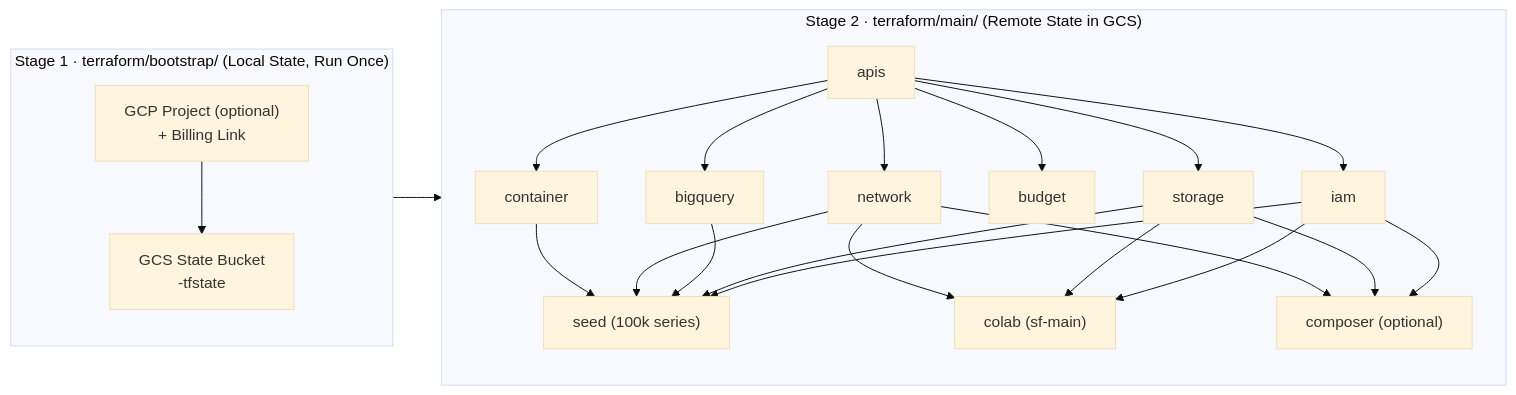
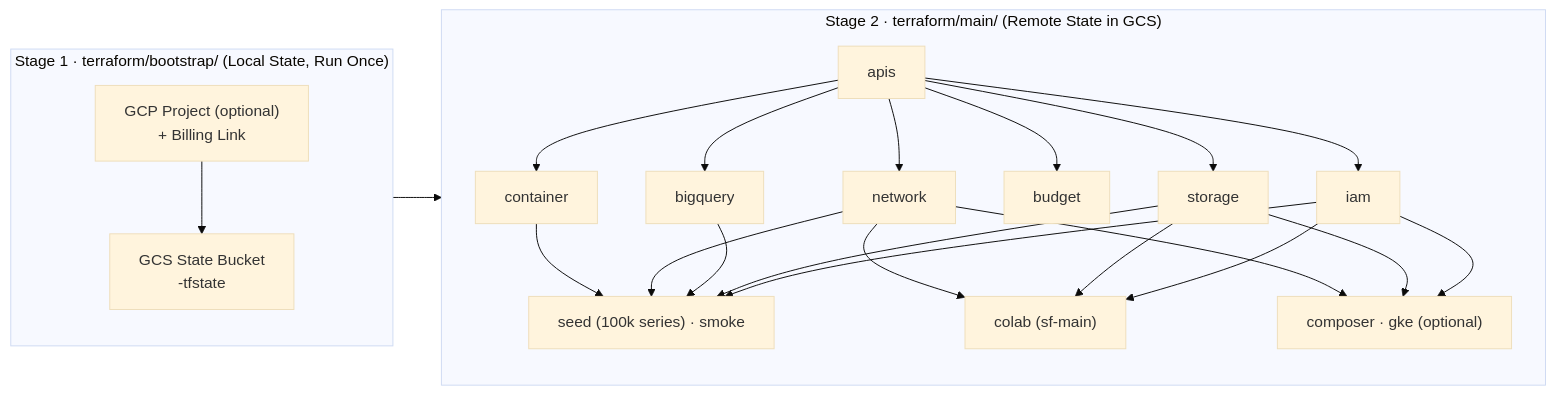
Before and after one commit to statmike/scale-forecasting: the diagram in docs/deploying_on_gcp.md, drawn with Mermaid (base theme). The commit also changed other lines of this file and 28 other files, not shown here.

````diff
--- a/docs/deploying_on_gcp.md
+++ b/docs/deploying_on_gcp.md
@@ -24,15 +25,15 @@
 ```mermaid
 flowchart LR
     subgraph Stage1["Stage 1 · terraform/bootstrap/ (Local State, Run Once)"]
         B1["GCP Project (optional)<br/>+ Billing Link"]
         B2["GCS State Bucket<br/><project_id>-tfstate"]
         B1 --> B2
     end
     subgraph Stage2["Stage 2 · terraform/main/ (Remote State in GCS)"]
         M_API["apis"] --> M_IAM["iam"] & M_STO["storage"] & M_BQ["bigquery"] & M_BUD["budget"] & M_NET["network"] & M_CON["container"]
-        M_IAM & M_STO & M_BQ & M_NET & M_CON --> M_SEED["seed (100k series)"]
+        M_IAM & M_STO & M_BQ & M_NET & M_CON --> M_SEED["seed (100k series) · smoke"]
         M_IAM & M_STO & M_NET --> M_COLAB["colab (sf-main)"]
-        M_IAM & M_STO & M_NET --> M_COMP["composer (optional)"]
+        M_IAM & M_STO & M_NET --> M_COMP["composer · gke (optional)"]
     end
     Stage1 --> Stage2
 ```
````
